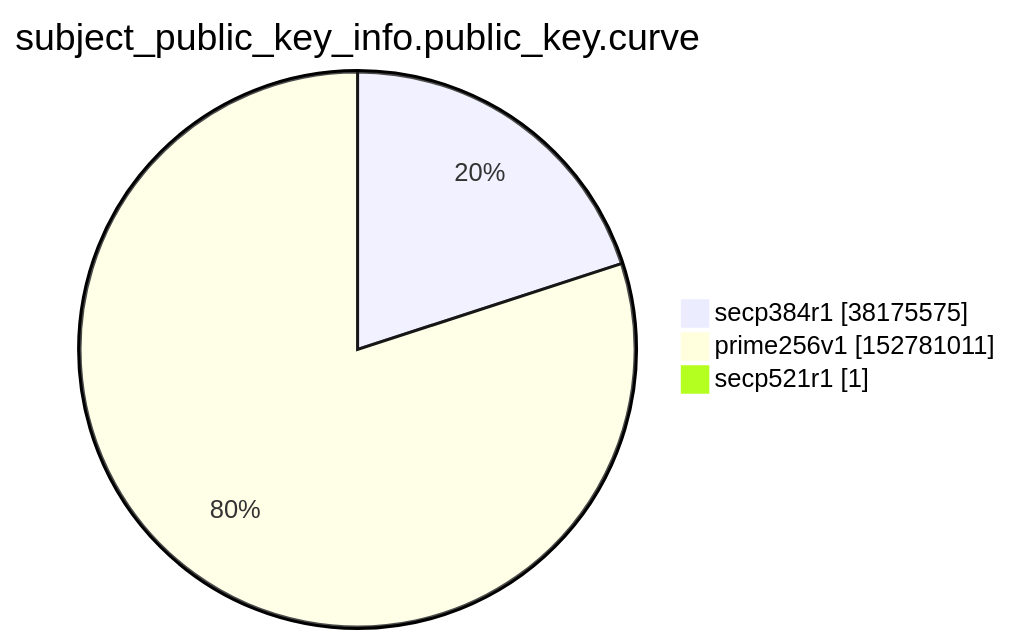
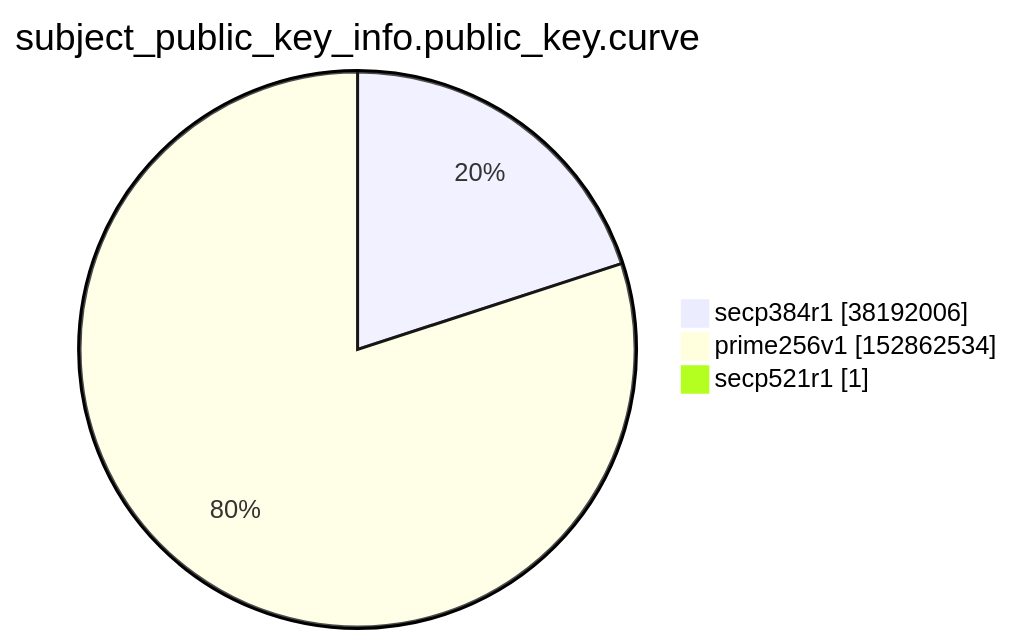
One commit to christiankrug/ctmonitor_visualization changed the ninth of 15 diagrams in xenon2022/README.md. Above: the diagram before and after it, drawn with Mermaid. The commit also changed other lines of this file, not shown here.

````diff
--- a/xenon2022/README.md
+++ b/xenon2022/README.md
@@ -2860,7 +2861,7 @@
 ```mermaid
 pie showData
 title subject_public_key_info.public_key.curve
-"secp384r1" :38175575
-"prime256v1" :152781011
+"secp384r1" :38192006
+"prime256v1" :152862534
 "secp521r1" :1
 ```
````
